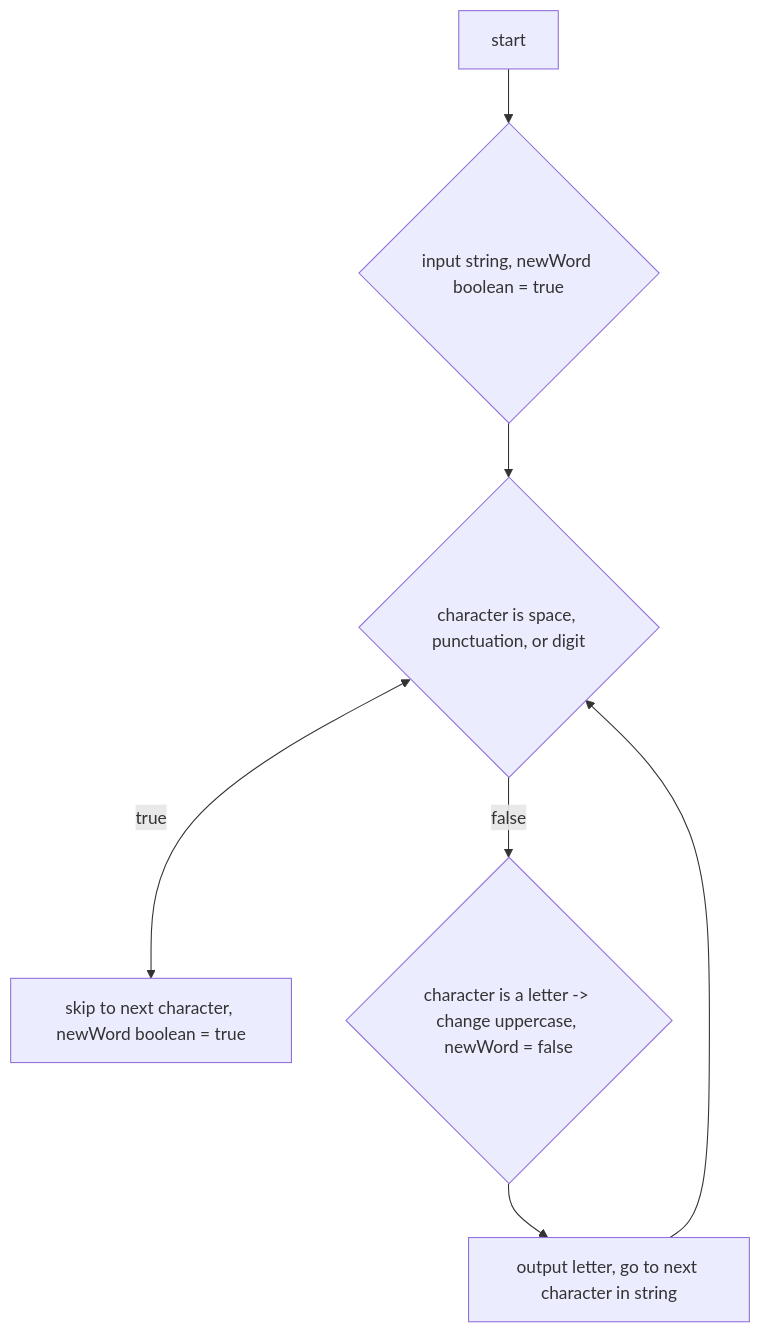
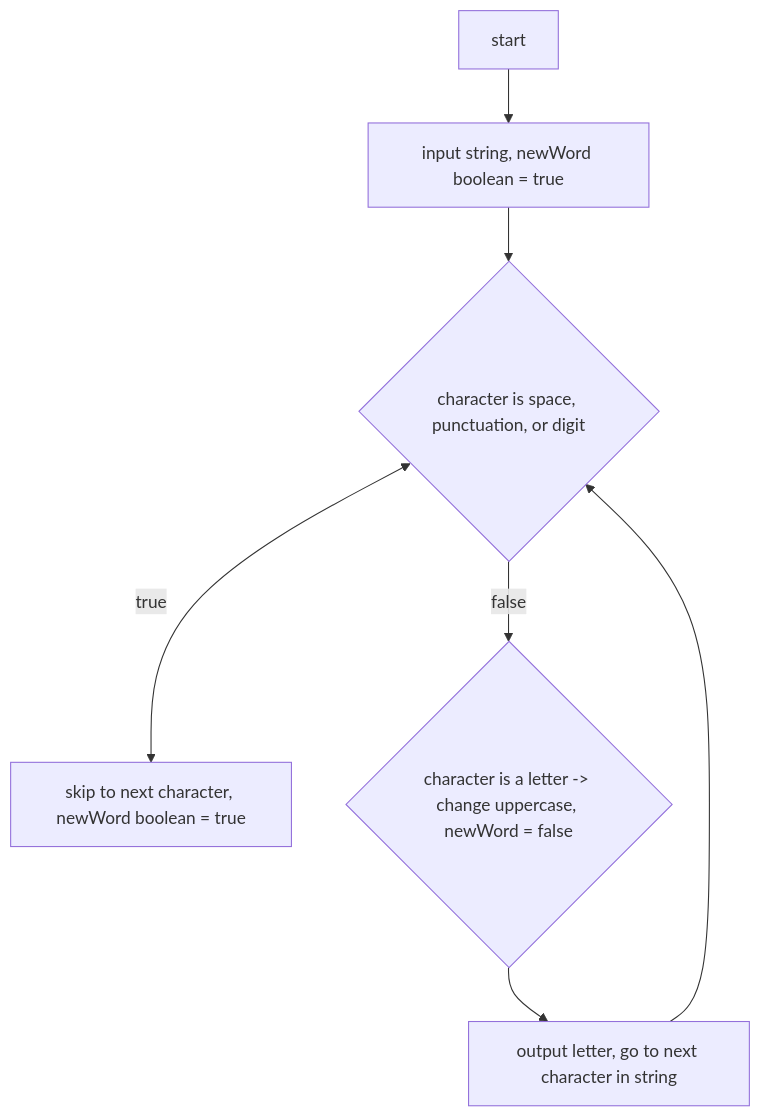
Before and after one commit to DatBoiBeRolling/C-plus-plus: the diagram in chapter4/mytitle-flow.mmd, drawn with Mermaid.

Commit message:
chapter4

```diff
--- a/chapter4/mytitle-flow.mmd
+++ b/chapter4/mytitle-flow.mmd
@@ -1,9 +1,9 @@
 flowchart TD
 
 	mystart[start]
-	mystart --> input{input string, newWord boolean = true}
+	mystart --> input[input string, newWord boolean = true]
 	input --> charFlag1{character is space, punctuation, or digit}
 	charFlag1 <--> |true| res1[skip to next character, newWord boolean = true]
 	charFlag1 --> |false| res2{character is a letter -> change uppercase, newWord = false}
 	res2 --> change1[output letter, go to next character in string]
 	change1 --> charFlag1
```
